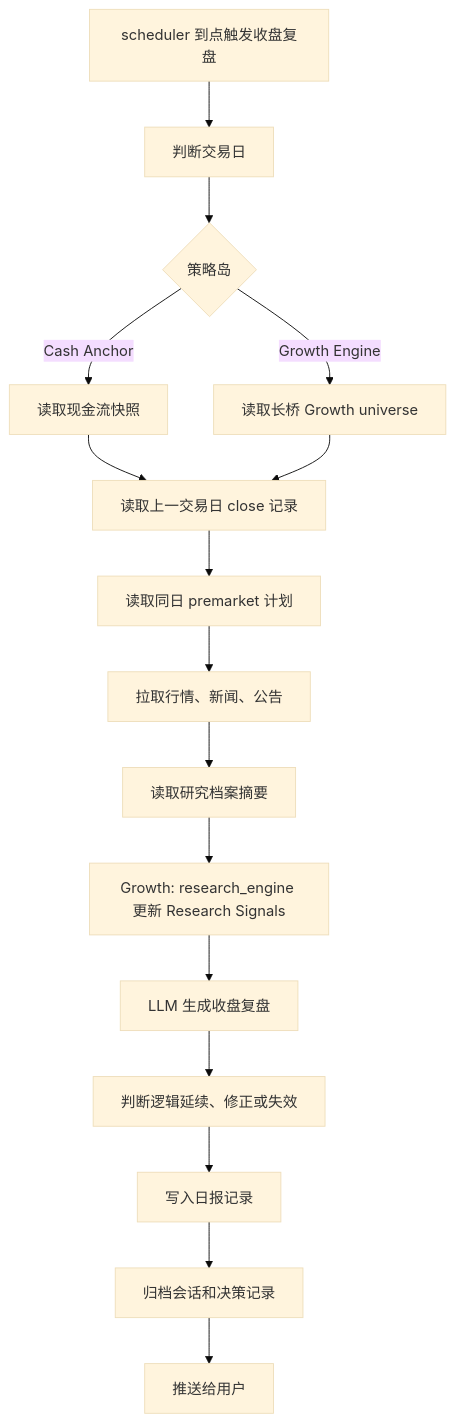
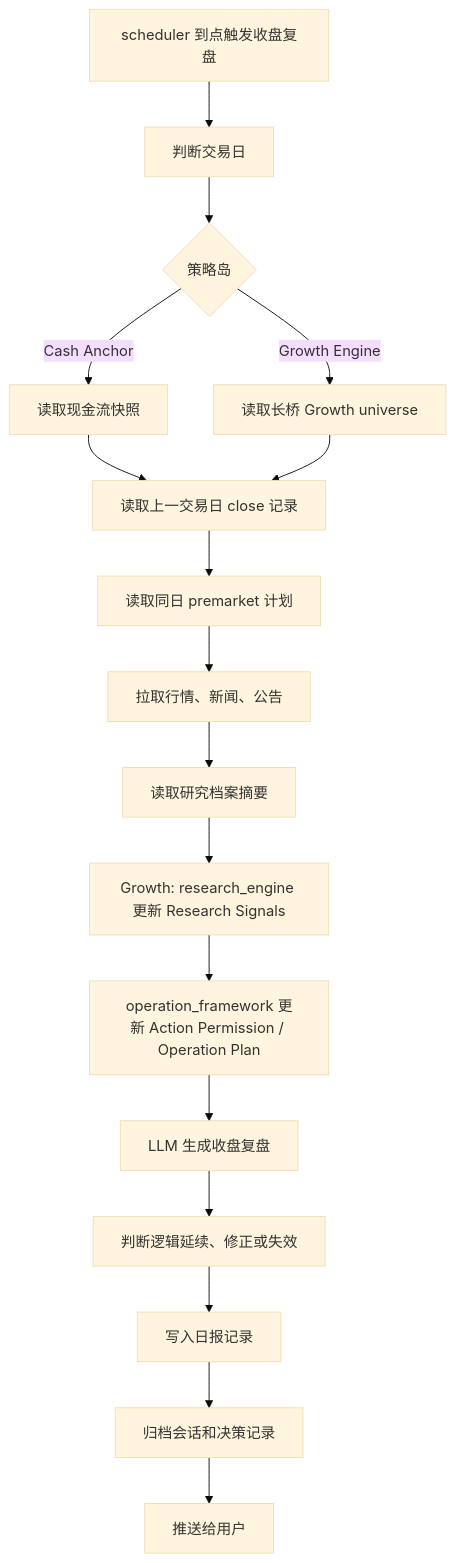
Before and after one commit to dyccodehome/private-investment-butler: the second of 4 diagrams in docs/需求分析文档.md, drawn with Mermaid (base theme). The commit also changed other lines of this file and 11 other files, not shown here.

Commit message:
Add operation framework MVP

````diff
--- a/docs/需求分析文档.md
+++ b/docs/需求分析文档.md
@@ -210,18 +236,19 @@
 ```mermaid
 flowchart TD
   A["scheduler 到点触发收盘复盘"] --> B["判断交易日"]
   B --> C{"策略岛"}
   C -- "Cash Anchor" --> D["读取现金流快照"]
   C -- "Growth Engine" --> E["读取长桥 Growth universe"]
   D --> F["读取上一交易日 close 记录"]
   E --> F
   F --> G["读取同日 premarket 计划"]
   G --> H["拉取行情、新闻、公告"]
   H --> I["读取研究档案摘要"]
   I --> J["Growth: research_engine 更新 Research Signals"]
-  J --> K["LLM 生成收盘复盘"]
-  K --> L["判断逻辑延续、修正或失效"]
-  L --> M["写入日报记录"]
-  M --> N["归档会话和决策记录"]
-  N --> O["推送给用户"]
+  J --> K["operation_framework 更新 Action Permission / Operation Plan"]
+  K --> L["LLM 生成收盘复盘"]
+  L --> M["判断逻辑延续、修正或失效"]
+  M --> N["写入日报记录"]
+  N --> O["归档会话和决策记录"]
+  O --> P["推送给用户"]
 ```
````
